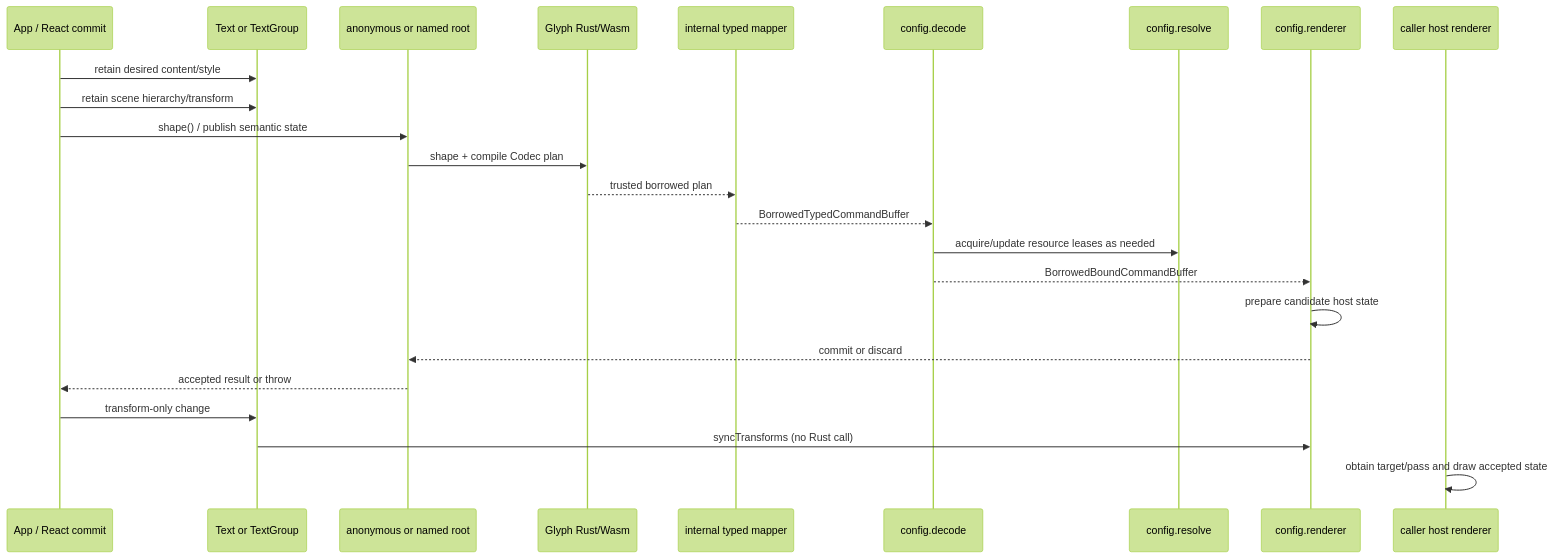
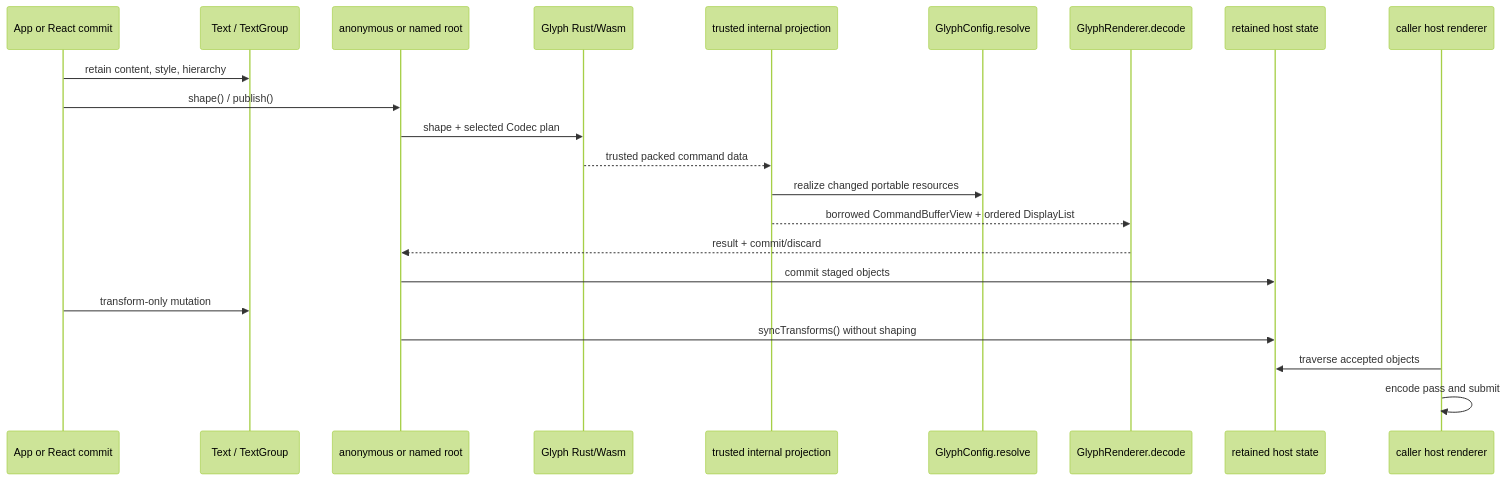
The second of 4 diagrams in docs/guides/renderer-integration.md (pmndrs/glyph), drawn with Mermaid (forest theme) before and after one commit. The commit also changed other lines of this file and 1 other file, not shown here.

Commit message:
docs(glyph): rewrite renderer integration guide

````diff
--- a/docs/guides/renderer-integration.md
+++ b/docs/guides/renderer-integration.md
@@ -158,27 +141,25 @@
 ```mermaid
 sequenceDiagram
-  participant App as App / React commit
-  participant Text as Text or TextGroup
+  participant App as App or React commit
+  participant Text as Text / TextGroup
   participant Root as anonymous or named root
   participant Rust as Glyph Rust/Wasm
-  participant Map as internal typed mapper
-  participant Decode as config.decode
-  participant Resolve as config.resolve
-  participant Renderer as config.renderer
+  participant Project as trusted internal projection
+  participant Resolve as GlyphConfig.resolve
+  participant Decode as GlyphRenderer.decode
+  participant HostState as retained host state
   participant Host as caller host renderer
 
-  App->>Text: retain desired content/style
-  App->>Text: retain scene hierarchy/transform
-  App->>Root: shape() / publish semantic state
-  Root->>Rust: shape + compile Codec plan
-  Rust-->>Map: trusted borrowed plan
-  Map-->>Decode: BorrowedTypedCommandBuffer
-  Decode->>Resolve: acquire/update resource leases as needed
-  Decode-->>Renderer: BorrowedBoundCommandBuffer
-  Renderer->>Renderer: prepare candidate host state
-  Renderer-->>Root: commit or discard
-  Root-->>App: accepted result or throw
-  App->>Text: transform-only change
-  Text->>Renderer: syncTransforms (no Rust call)
-  Host->>Host: obtain target/pass and draw accepted state
+  App->>Text: retain content, style, hierarchy
+  App->>Root: shape() / publish()
+  Root->>Rust: shape + selected Codec plan
+  Rust-->>Project: trusted packed command data
+  Project->>Resolve: realize changed portable resources
+  Project-->>Decode: borrowed CommandBufferView + ordered DisplayList
+  Decode-->>Root: result + commit/discard
+  Root->>HostState: commit staged objects
+  App->>Text: transform-only mutation
+  Root->>HostState: syncTransforms() without shaping
+  Host->>HostState: traverse accepted objects
+  Host->>Host: encode pass and submit
 ```
````
